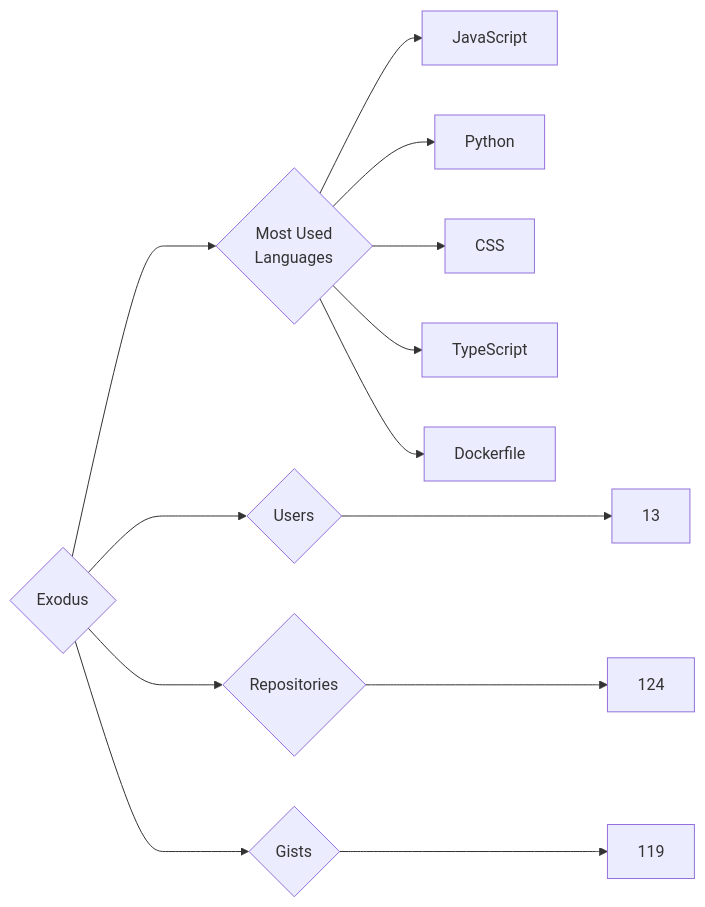
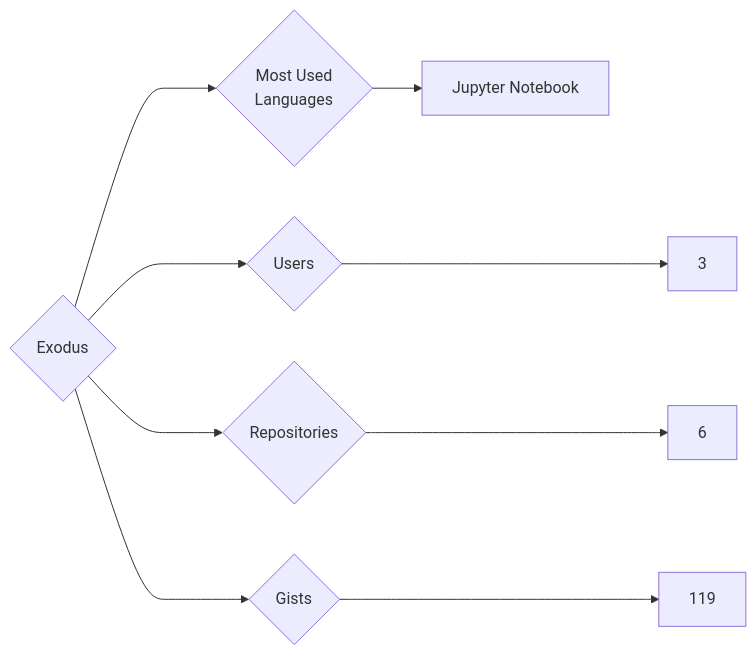
Before and after one commit to trickest/insiders: the diagram in targets/Exodus/README.md, drawn with Mermaid. The commit also changed 932 other files, not shown here.

````diff
--- a/targets/Exodus/README.md
+++ b/targets/Exodus/README.md
@@ -3,13 +3,9 @@
 ```mermaid
 graph LR
 COMPANY_NAME{Exodus}
-COMPANY_NAME ---> U{Users} ---> UN[13]
-COMPANY_NAME ---> R{Repositories} ---> RN[124]
+COMPANY_NAME ---> U{Users} ---> UN[3]
+COMPANY_NAME ---> R{Repositories} ---> RN[6]
 COMPANY_NAME ---> G{Gists} ---> GN[119]
 COMPANY_NAME ---> ML{Most Used<br>Languages}
-ML --> JavaScript[JavaScript]
-ML --> Python[Python]
-ML --> CSS[CSS]
-ML --> TypeScript[TypeScript]
-ML --> Dockerfile[Dockerfile]
+ML --> Jupyter_Notebook[Jupyter Notebook]
 ```
````
